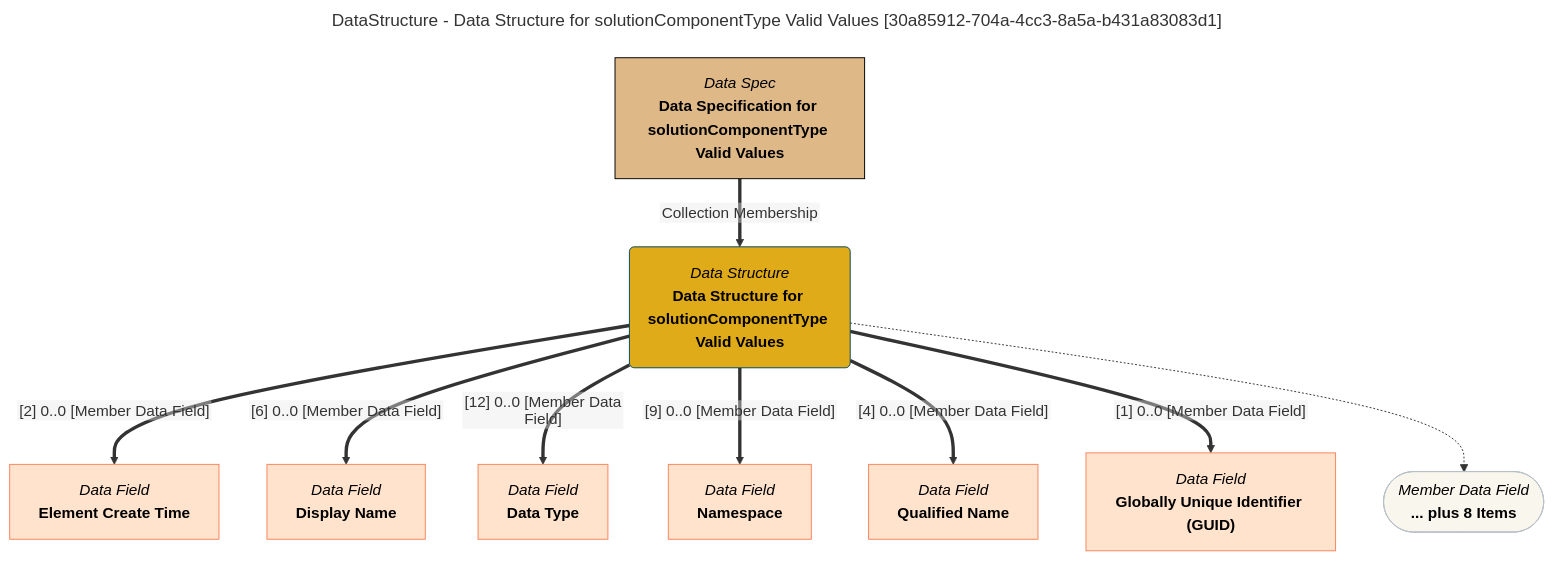
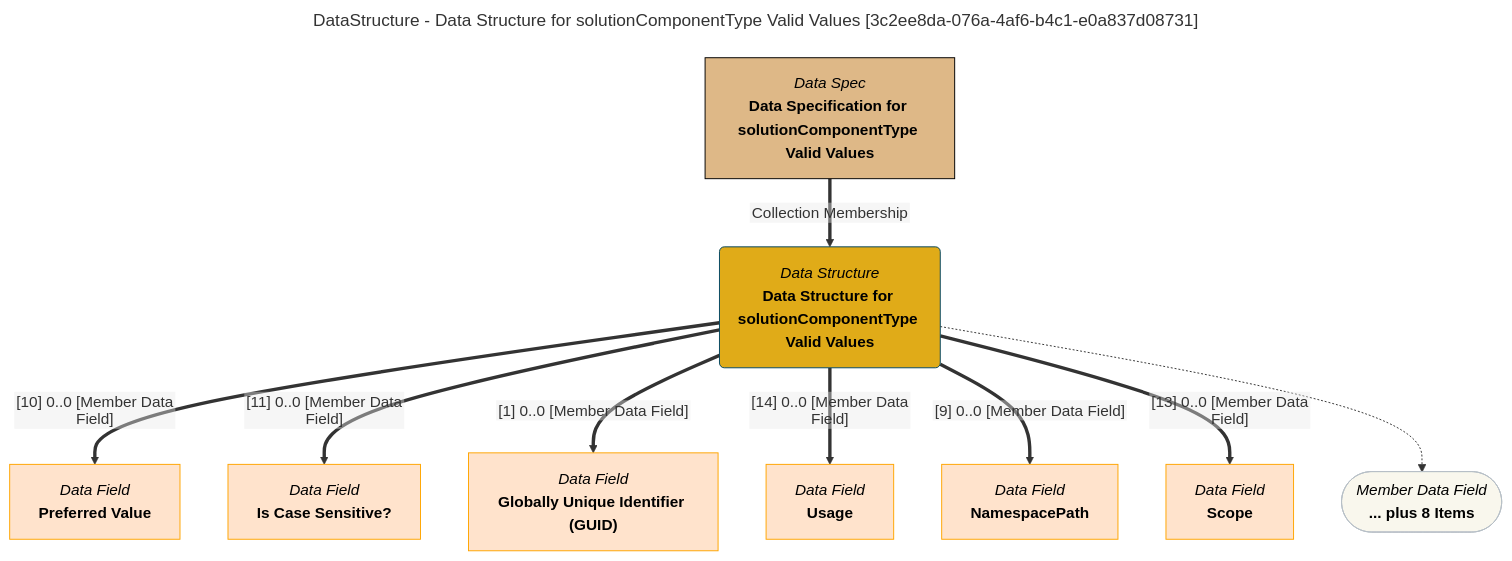
Before and after one commit to odpi/egeria-docs: the diagram in site/snippets/data-structures/data-structure-for-solutioncomponenttype-valid-values-mermaid-graph.md, drawn with Mermaid. The commit also changed 2201 other files, not shown here.

````diff
--- a/site/snippets/data-structures/data-structure-for-solutioncomponenttype-valid-values-mermaid-graph.md
+++ b/site/snippets/data-structures/data-structure-for-solutioncomponenttype-valid-values-mermaid-graph.md
@@ -1,43 +1,43 @@
 ```mermaid
 ---
-title: DataStructure - Data Structure for solutionComponentType Valid Values [30a85912-704a-4cc3-8a5a-b431a83083d1]
+title: DataStructure - Data Structure for solutionComponentType Valid Values [3c2ee8da-076a-4af6-b4c1-e0a837d08731]
 ---
 flowchart TD
 %%{init: {"flowchart": {"htmlLabels": false}} }%%
 
 1@{ shape: rounded, label: "*Data Structure*
 **Data Structure for solutionComponentType Valid Values**"}
 2@{ shape: rect, label: "*Data Spec*
 **Data Specification for solutionComponentType Valid Values**"}
 2==>|"Collection Membership"|1
 3@{ shape: rect, label: "*Data Field*
-**Element Create Time**"}
-1==>|"[2] 0..0 [Member Data Field]"|3
+**Preferred Value**"}
+1==>|"[10] 0..0 [Member Data Field]"|3
 4@{ shape: rect, label: "*Data Field*
-**Display Name**"}
-1==>|"[6] 0..0 [Member Data Field]"|4
+**Is Case Sensitive?**"}
+1==>|"[11] 0..0 [Member Data Field]"|4
 5@{ shape: rect, label: "*Data Field*
-**Data Type**"}
-1==>|"[12] 0..0 [Member Data Field]"|5
+**Globally Unique Identifier (GUID)**"}
+1==>|"[1] 0..0 [Member Data Field]"|5
 6@{ shape: rect, label: "*Data Field*
-**Namespace**"}
-1==>|"[9] 0..0 [Member Data Field]"|6
+**Usage**"}
+1==>|"[14] 0..0 [Member Data Field]"|6
 7@{ shape: rect, label: "*Data Field*
-**Qualified Name**"}
-1==>|"[4] 0..0 [Member Data Field]"|7
+**NamespacePath**"}
+1==>|"[9] 0..0 [Member Data Field]"|7
 8@{ shape: rect, label: "*Data Field*
-**Globally Unique Identifier (GUID)**"}
-1==>|"[1] 0..0 [Member Data Field]"|8
+**Scope**"}
+1==>|"[13] 0..0 [Member Data Field]"|8
 9@{ shape: stadium, label: "*Member Data Field*
 **... plus 8 Items**"}
 1-.->9
 style 1 color:#000000, fill:#e0ab18, stroke:#004563
-style 2 color:#000000, fill:#deb887, stroke:#000000
-style 3 color:#000000, fill:#ffe3cc, stroke:#f9845b
-style 4 color:#000000, fill:#ffe3cc, stroke:#f9845b
-style 5 color:#000000, fill:#ffe3cc, stroke:#f9845b
-style 6 color:#000000, fill:#ffe3cc, stroke:#f9845b
-style 7 color:#000000, fill:#ffe3cc, stroke:#f9845b
-style 8 color:#000000, fill:#ffe3cc, stroke:#f9845b
+style 2 color:#000000, fill:#DEB887, stroke:#000000
+style 3 color:#000000, fill:#ffe3cc, stroke:#FFA500
+style 4 color:#000000, fill:#ffe3cc, stroke:#FFA500
+style 5 color:#000000, fill:#ffe3cc, stroke:#FFA500
+style 6 color:#000000, fill:#ffe3cc, stroke:#FFA500
+style 7 color:#000000, fill:#ffe3cc, stroke:#FFA500
+style 8 color:#000000, fill:#ffe3cc, stroke:#FFA500
 style 9 color:#000000, fill:#F9F7ED, stroke:#b7c0c7
 ```
````
